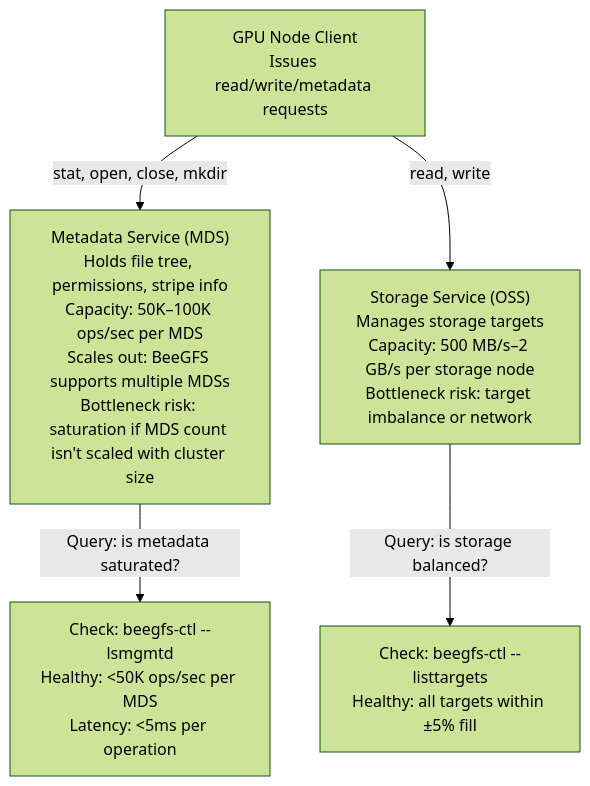
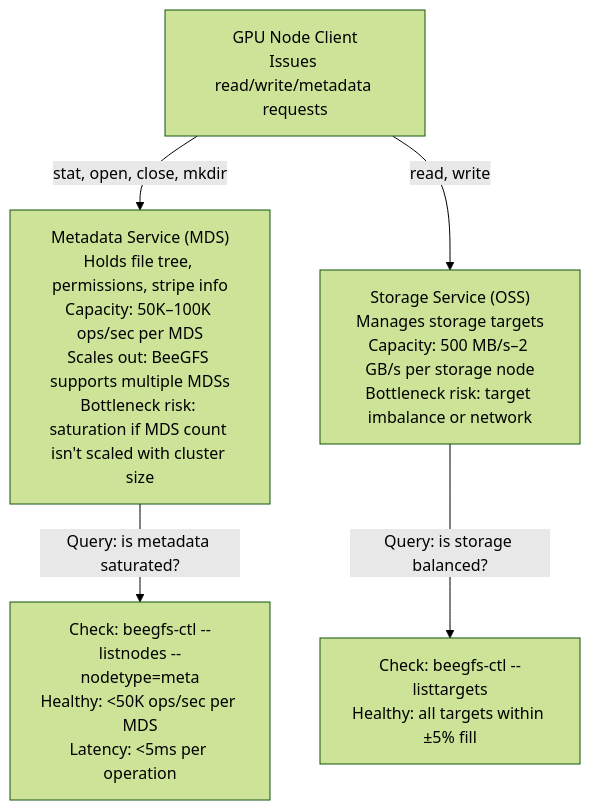
The first of 2 diagrams in docs/nvidia-zero-to-hero/volume-15/chapter-06-beegfs-for-gpu-clusters.md (jithinpnjm/nvidia-devops), drawn with Mermaid (forest theme) before and after one commit. The commit also changed other lines of this file and 289 other files, not shown here.

````diff
--- a/docs/nvidia-zero-to-hero/volume-15/chapter-06-beegfs-for-gpu-clusters.md
+++ b/docs/nvidia-zero-to-hero/volume-15/chapter-06-beegfs-for-gpu-clusters.md
@@ -35,14 +35,14 @@
 ```mermaid
 flowchart TD
     Client["GPU Node Client<br/>Issues read/write/metadata requests"]
     
     MetaService["Metadata Service (MDS)<br/>Holds file tree, permissions, stripe info<br/>Capacity: 50K–100K ops/sec per MDS<br/>Scales out: BeeGFS supports multiple MDSs<br/>Bottleneck risk: saturation if MDS count isn't scaled with cluster size"]
     
     StorageService["Storage Service (OSS)<br/>Manages storage targets<br/>Capacity: 500 MB/s–2 GB/s per storage node<br/>Bottleneck risk: target imbalance or network"]
     
     Client -->|stat, open, close, mkdir| MetaService
     Client -->|read, write| StorageService
     
-    MetaService -->|"Query: is metadata saturated?"| MetaQuery["Check: beegfs-ctl --lsmgmtd<br/>Healthy: <50K ops/sec per MDS<br/>Latency: <5ms per operation"]
+    MetaService -->|"Query: is metadata saturated?"| MetaQuery["Check: beegfs-ctl --listnodes --nodetype=meta<br/>Healthy: <50K ops/sec per MDS<br/>Latency: <5ms per operation"]
     StorageService -->|"Query: is storage balanced?"| StorageQuery["Check: beegfs-ctl --listtargets<br/>Healthy: all targets within ±5% fill"]
 ```
````
